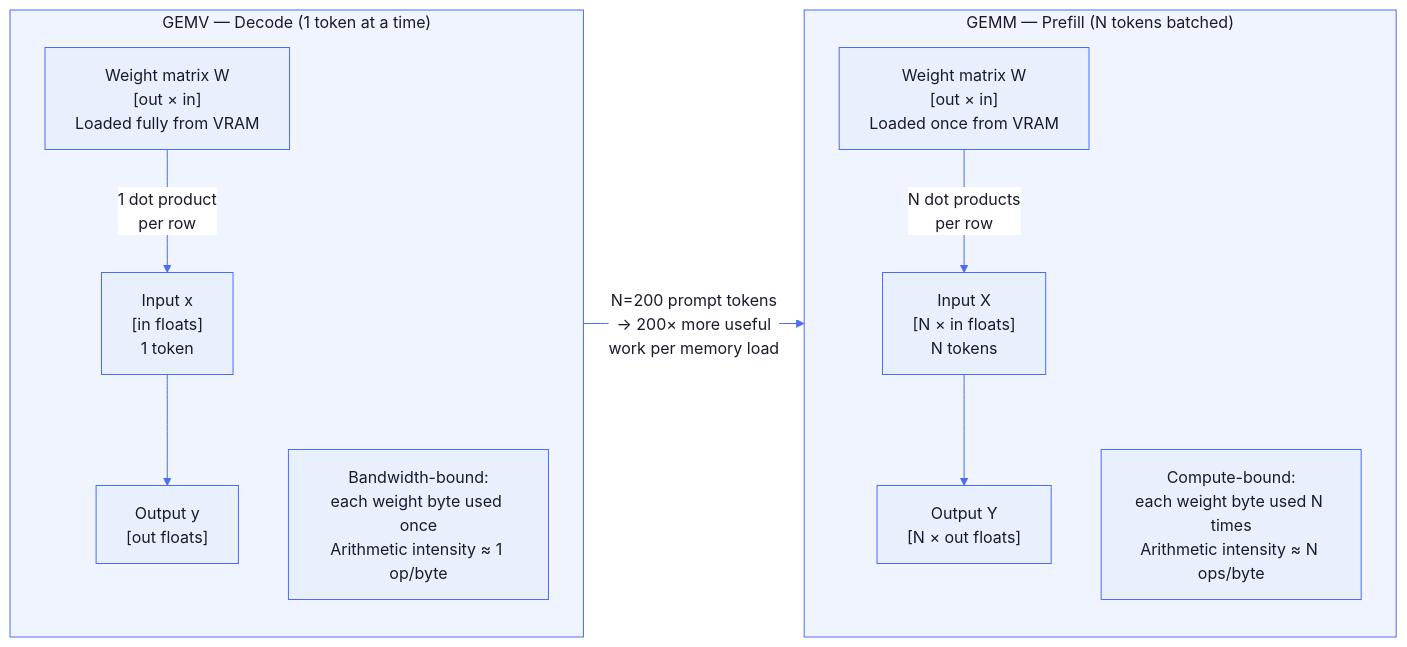
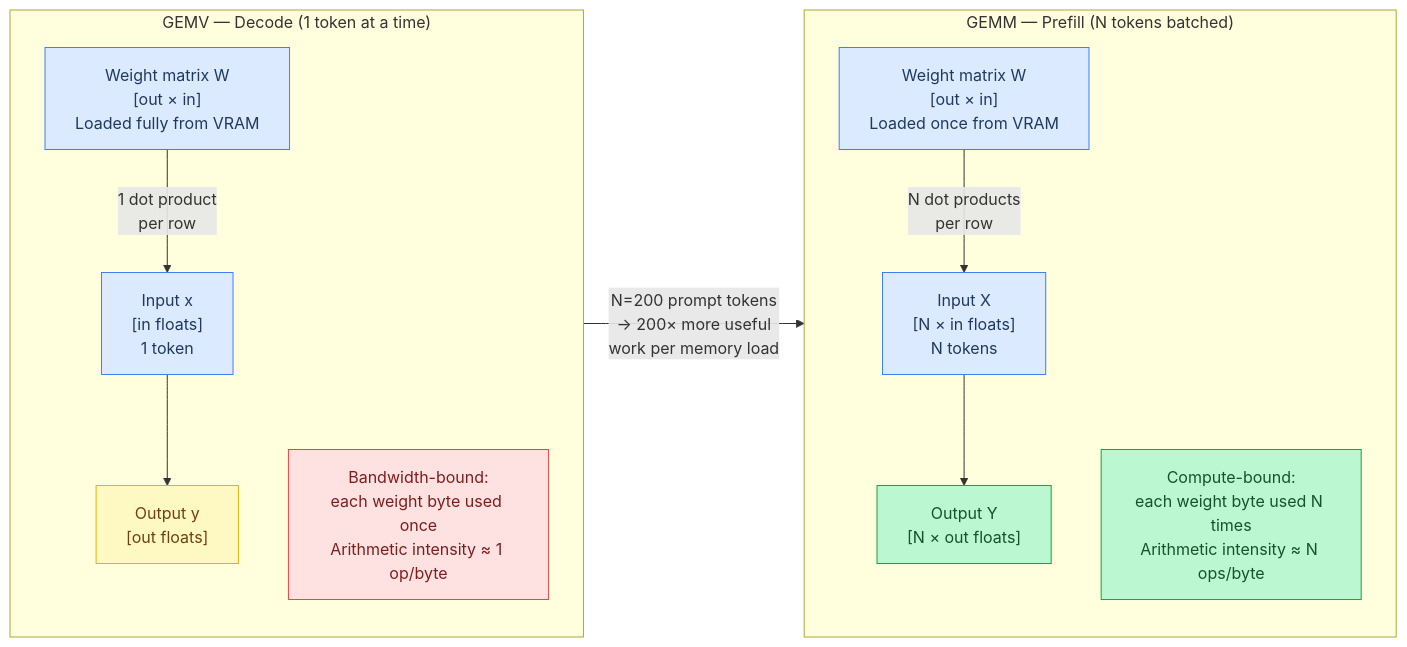
Before and after one commit to maci0/agave: the eighth of 8 diagrams in docs/tutorial/02-the-transformer.md, drawn with Mermaid. The commit also changed other lines of this file and 24 other files, not shown here.

First line of the commit message:
docs: convert all mermaid diagrams to classDef semantic colors

````diff
--- a/docs/tutorial/02-the-transformer.md
+++ b/docs/tutorial/02-the-transformer.md
@@ -500,32 +554,34 @@
 ```mermaid
-%%{init: {'theme': 'base', 'themeVariables': {
-  'primaryColor': '#e8f0fe',
-  'primaryTextColor': '#1a1a2e',
-  'primaryBorderColor': '#4a6cf7',
-  'lineColor': '#4a6cf7',
-  'secondaryColor': '#f0f4ff',
-  'tertiaryColor': '#f8f9ff',
-  'edgeLabelBackground': '#ffffff',
-  'clusterBkg': '#f0f4ff',
-  'clusterBorder': '#4a6cf7',
-  'titleColor': '#1a1a2e',
-  'nodeTextColor': '#1a1a2e',
-  'fontFamily': 'ui-monospace, SFMono-Regular, monospace'
-}}}%%
 flowchart LR
+    classDef setup     fill:#dbeafe,stroke:#3b82f6,color:#1e3a5f
+    classDef sync      fill:#dcfce7,stroke:#22c55e,color:#14532d
+    classDef migration fill:#fef9c3,stroke:#eab308,color:#713f12
+    classDef success   fill:#bbf7d0,stroke:#16a34a,color:#14532d
+    classDef danger    fill:#fee2e2,stroke:#ef4444,color:#7f1d1d
+    classDef optional  fill:#f3e8ff,stroke:#9333ea,color:#581c87
+
+    WA["Weight matrix W\n[out × in]\nLoaded fully from VRAM"]:::setup
+    XA["Input x\n[in floats]\n1 token"]:::setup
+    YA["Output y\n[out floats]"]:::migration
+    NoteA["Bandwidth-bound:\neach weight byte used once\nArithmetic intensity ≈ 1 op/byte"]:::danger
+    WB["Weight matrix W\n[out × in]\nLoaded once from VRAM"]:::setup
+    XB["Input X\n[N × in floats]\nN tokens"]:::setup
+    YB["Output Y\n[N × out floats]"]:::success
+    NoteB["Compute-bound:\neach weight byte used N times\nArithmetic intensity ≈ N ops/byte"]:::success
+
     subgraph GEMV["GEMV — Decode (1 token at a time)"]
         direction TB
-        WA["Weight matrix W\n[out × in]\nLoaded fully from VRAM"] -->|"1 dot product\nper row"| XA["Input x\n[in floats]\n1 token"]
-        XA --> YA["Output y\n[out floats]"]
-        NoteA["Bandwidth-bound:\neach weight byte used once\nArithmetic intensity ≈ 1 op/byte"]
+        WA -->|"1 dot product\nper row"| XA
+        XA --> YA
+        NoteA
     end
 
     subgraph GEMM["GEMM — Prefill (N tokens batched)"]
         direction TB
-        WB["Weight matrix W\n[out × in]\nLoaded once from VRAM"] -->|"N dot products\nper row"| XB["Input X\n[N × in floats]\nN tokens"]
-        XB --> YB["Output Y\n[N × out floats]"]
-        NoteB["Compute-bound:\neach weight byte used N times\nArithmetic intensity ≈ N ops/byte"]
+        WB -->|"N dot products\nper row"| XB
+        XB --> YB
+        NoteB
     end
 
     GEMV -->|"N=200 prompt tokens\n→ 200× more useful\nwork per memory load"| GEMM
 ```
````
